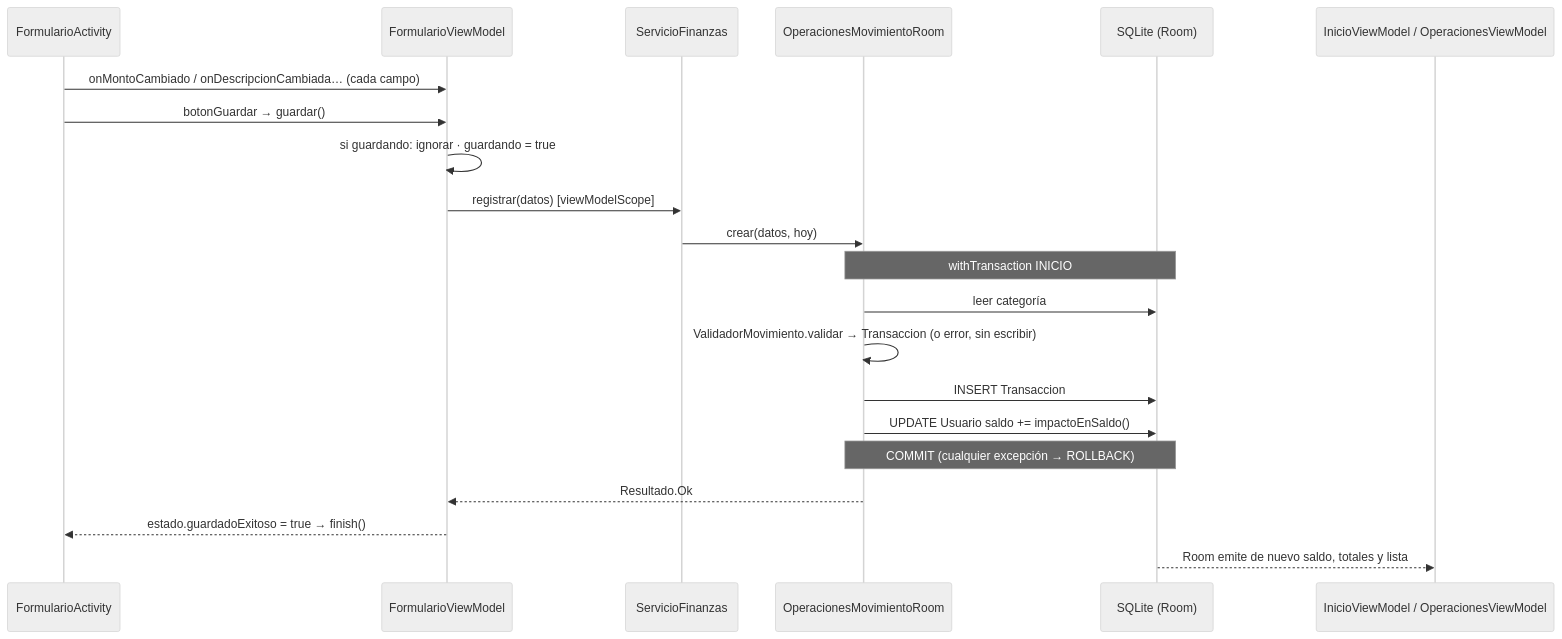
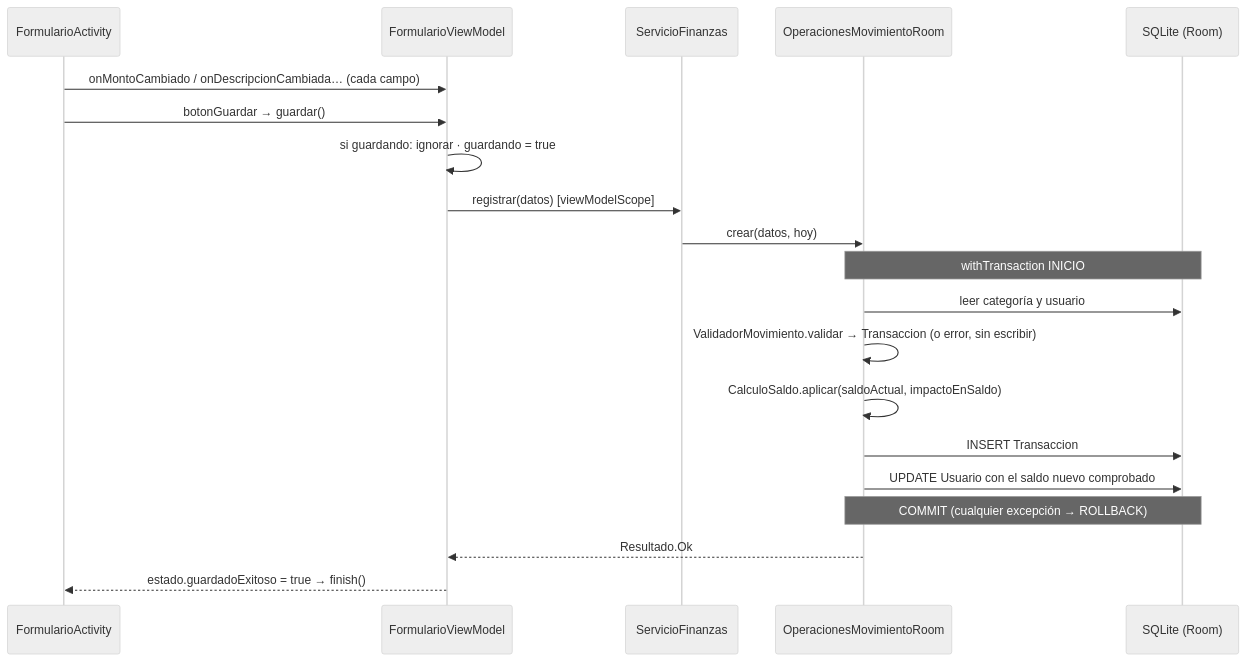
Before and after one commit to JoseOsorio4/AppGastos: the third of 3 diagrams in docs/DISENO_FINANZAS.md, drawn with Mermaid (neutral theme). The commit also changed other lines of this file and 10 other files, not shown here.

````diff
--- a/docs/DISENO_FINANZAS.md
+++ b/docs/DISENO_FINANZAS.md
@@ -381,23 +395,23 @@
 ```mermaid
 sequenceDiagram
   participant A as FormularioActivity
   participant VM as FormularioViewModel
   participant S as ServicioFinanzas
   participant Op as OperacionesMovimientoRoom
   participant DB as SQLite (Room)
-  participant I as InicioViewModel / OperacionesViewModel
+
   A->>VM: onMontoCambiado / onDescripcionCambiada… (cada campo)
   A->>VM: botonGuardar → guardar()
   VM->>VM: si guardando: ignorar · guardando = true
   VM->>S: registrar(datos)  [viewModelScope]
   S->>Op: crear(datos, hoy)
   Note over Op,DB: withTransaction INICIO
-  Op->>DB: leer categoría
+  Op->>DB: leer categoría y usuario
   Op->>Op: ValidadorMovimiento.validar → Transaccion (o error, sin escribir)
+  Op->>Op: CalculoSaldo.aplicar(saldoActual, impactoEnSaldo)
   Op->>DB: INSERT Transaccion
-  Op->>DB: UPDATE Usuario saldo += impactoEnSaldo()
+  Op->>DB: UPDATE Usuario con el saldo nuevo comprobado
   Note over Op,DB: COMMIT (cualquier excepción → ROLLBACK)
   Op-->>VM: Resultado.Ok
   VM-->>A: estado.guardadoExitoso = true → finish()
-  DB-->>I: Room emite de nuevo saldo, totales y lista
 ```
````
